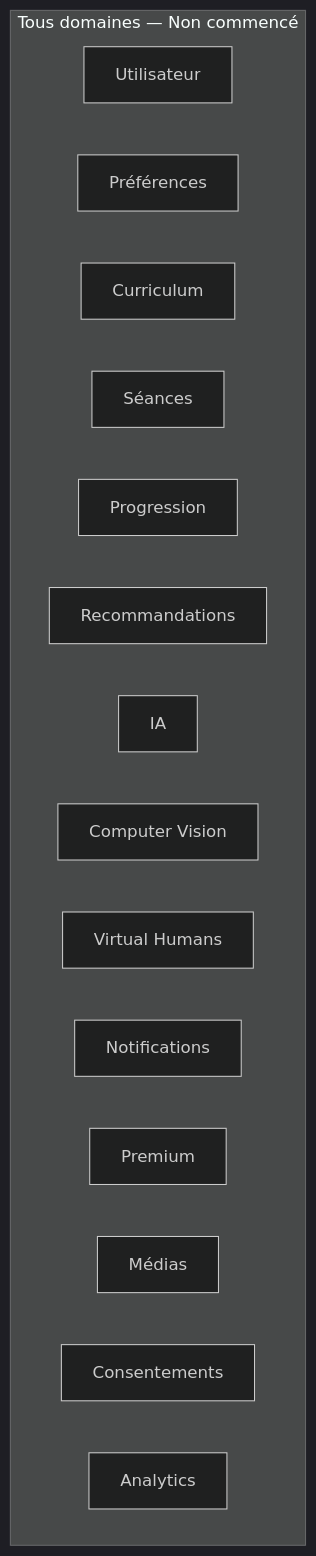
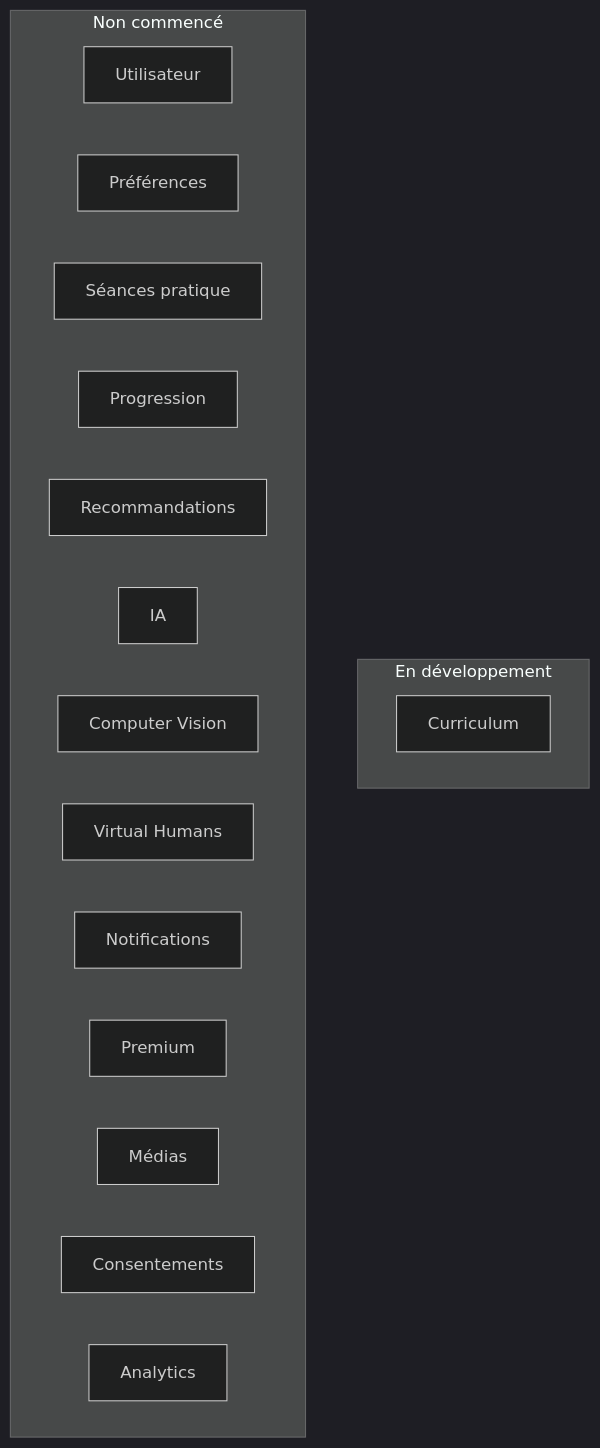
One commit to JavaChrist/Tai-Chi-AI-Coach changed the first of 5 diagrams in docs/runtime/03_DATA_STATUS.md. Above: the diagram before and after it, drawn with Mermaid (dark theme). The commit also changed other lines of this file and 59 other files, not shown here.

````diff
--- a/docs/runtime/03_DATA_STATUS.md
+++ b/docs/runtime/03_DATA_STATUS.md
@@ -77,19 +77,21 @@
 ```mermaid
 flowchart TB
-  subgraph NonCommence[Tous domaines — Non commencé]
+  subgraph EnDev[En développement]
+    C[Curriculum]
+  end
+  subgraph NonCommence[Non commencé]
     U[Utilisateur]
     P[Préférences]
-    C[Curriculum]
-    S[Séances]
+    S[Séances pratique]
     PR[Progression]
     R[Recommandations]
     IA[IA]
     CV[Computer Vision]
     VH[Virtual Humans]
     N[Notifications]
     PRE[Premium]
     M[Médias]
     CO[Consentements]
     A[Analytics]
   end
 ```
````
